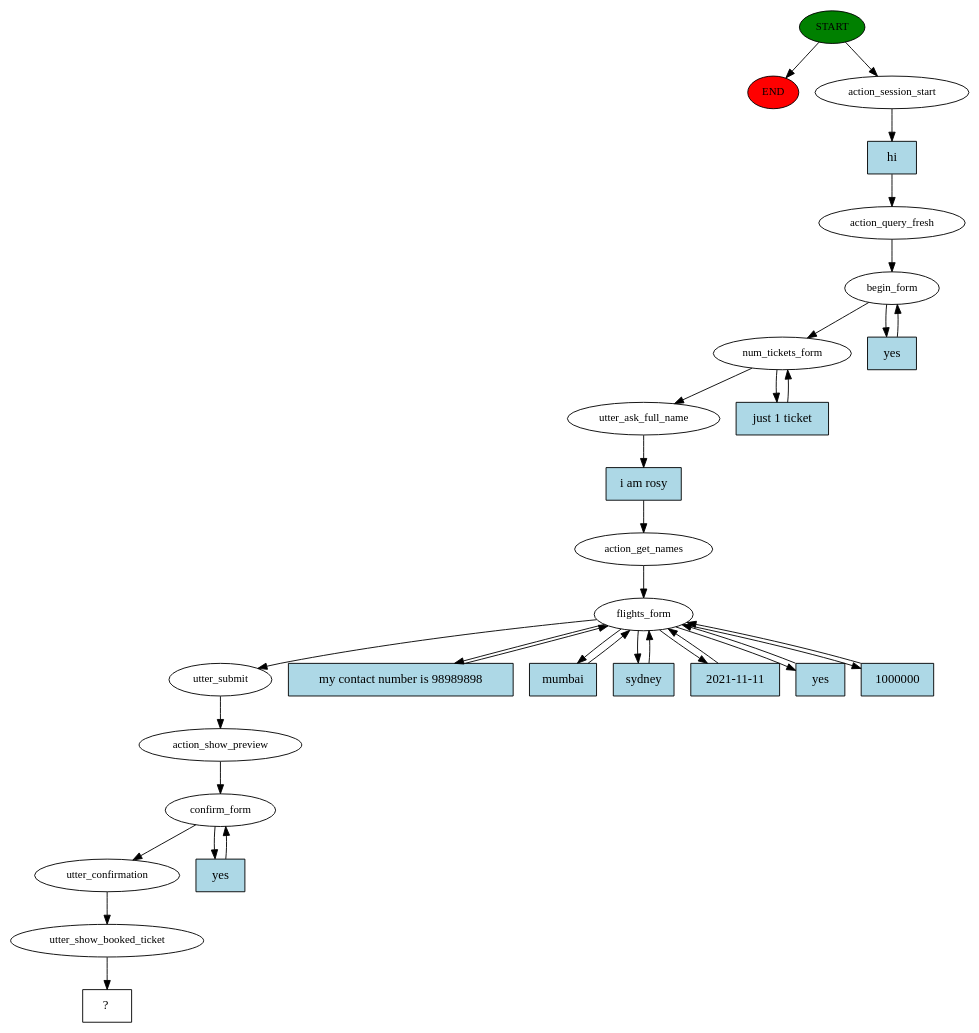
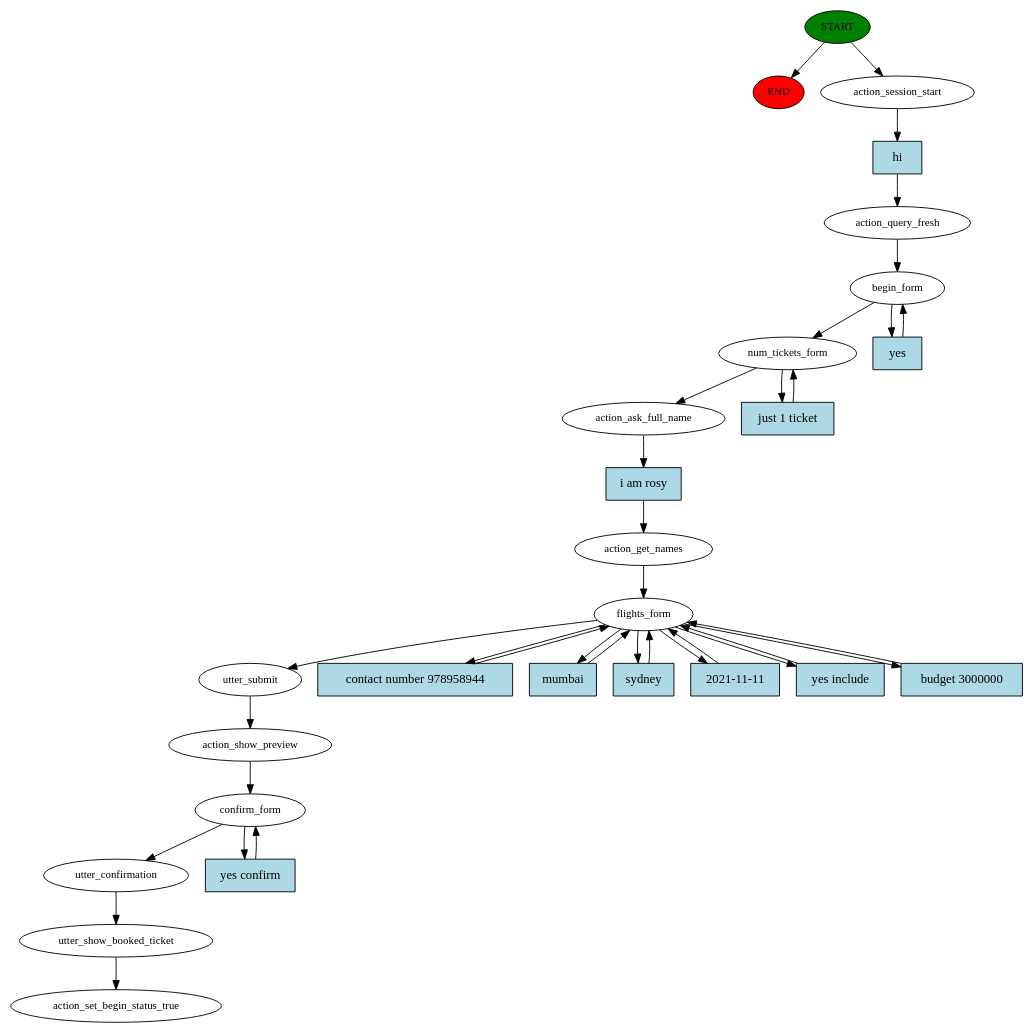
The diagram in rasa_main/story_graph.dot (vishalw-iitk/Rasa_flight_tickets), drawn with Graphviz before and after one commit. The commit also changed 7 other files, not shown here.

```diff
--- a/rasa_main/story_graph.dot
+++ b/rasa_main/story_graph.dot
@@ -1,62 +1,62 @@
 digraph  {
 0 [class="start active", fillcolor=green, fontsize=12, label=START, style=filled];
 "-1" [class=end, fillcolor=red, fontsize=12, label=END, style=filled];
 1 [class=active, fontsize=12, label=action_session_start];
 2 [class=active, fontsize=12, label=action_query_fresh];
 3 [class=active, fontsize=12, label=begin_form];
 5 [class=active, fontsize=12, label=num_tickets_form];
-7 [class=active, fontsize=12, label=utter_ask_full_name];
+7 [class=active, fontsize=12, label=action_ask_full_name];
 8 [class=active, fontsize=12, label=action_get_names];
 9 [class=active, fontsize=12, label=flights_form];
 17 [class=active, fontsize=12, label=utter_submit];
 18 [class=active, fontsize=12, label=action_show_preview];
 19 [class=active, fontsize=12, label=confirm_form];
 21 [class=active, fontsize=12, label=utter_confirmation];
 22 [class=active, fontsize=12, label=utter_show_booked_ticket];
-23 [class="intent dashed active", label="  ?  ", shape=rect];
+23 [class="dashed active", fontsize=12, label=action_set_begin_status_true];
 24 [class="intent active", fillcolor=lightblue, label=hi, shape=rect, style=filled];
 25 [class="intent active", fillcolor=lightblue, label=yes, shape=rect, style=filled];
 26 [class="intent active", fillcolor=lightblue, label="just 1 ticket", shape=rect, style=filled];
 27 [class="intent active", fillcolor=lightblue, label="i am rosy", shape=rect, style=filled];
-28 [class="intent active", fillcolor=lightblue, label="my contact number is 98989898", shape=rect, style=filled];
+28 [class="intent active", fillcolor=lightblue, label="contact number 978958944", shape=rect, style=filled];
 29 [class="intent active", fillcolor=lightblue, label=mumbai, shape=rect, style=filled];
 30 [class="intent active", fillcolor=lightblue, label=sydney, shape=rect, style=filled];
 31 [class="intent active", fillcolor=lightblue, label="2021-11-11", shape=rect, style=filled];
-32 [class="intent active", fillcolor=lightblue, label=yes, shape=rect, style=filled];
-33 [class="intent active", fillcolor=lightblue, label=1000000, shape=rect, style=filled];
-34 [class="intent active", fillcolor=lightblue, label=yes, shape=rect, style=filled];
+32 [class="intent active", fillcolor=lightblue, label="yes include", shape=rect, style=filled];
+33 [class="intent active", fillcolor=lightblue, label="budget 3000000", shape=rect, style=filled];
+34 [class="intent active", fillcolor=lightblue, label="yes confirm", shape=rect, style=filled];
 0 -> "-1"  [class="", key=NONE, label=""];
 0 -> 1  [class=active, key=NONE, label=""];
 1 -> 24  [class=active, key=0];
 2 -> 3  [class=active, key=NONE, label=""];
 3 -> 5  [class=active, key=NONE, label=""];
 3 -> 25  [class=active, key=0];
 5 -> 7  [class=active, key=NONE, label=""];
 5 -> 26  [class=active, key=0];
 7 -> 27  [class=active, key=0];
 8 -> 9  [class=active, key=NONE, label=""];
 9 -> 17  [class=active, key=NONE, label=""];
 9 -> 28  [class=active, key=0];
 9 -> 29  [class=active, key=0];
 9 -> 30  [class=active, key=0];
 9 -> 31  [class=active, key=0];
 9 -> 32  [class=active, key=0];
 9 -> 33  [class=active, key=0];
 17 -> 18  [class=active, key=NONE, label=""];
 18 -> 19  [class=active, key=NONE, label=""];
 19 -> 21  [class=active, key=NONE, label=""];
 19 -> 34  [class=active, key=0];
 21 -> 22  [class=active, key=NONE, label=""];
 22 -> 23  [class=active, key=NONE, label=""];
 24 -> 2  [class=active, key=0];
 25 -> 3  [class=active, key=0];
 26 -> 5  [class=active, key=0];
 27 -> 8  [class=active, key=0];
 28 -> 9  [class=active, key=0];
 29 -> 9  [class=active, key=0];
 30 -> 9  [class=active, key=0];
 31 -> 9  [class=active, key=0];
 32 -> 9  [class=active, key=0];
 33 -> 9  [class=active, key=0];
 34 -> 19  [class=active, key=0];
 }
```
